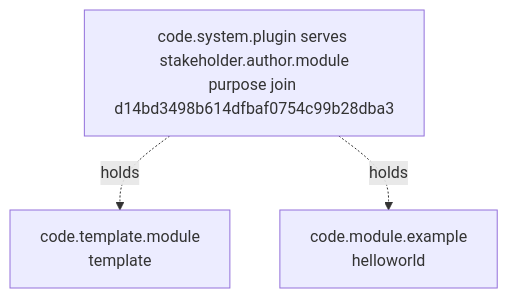
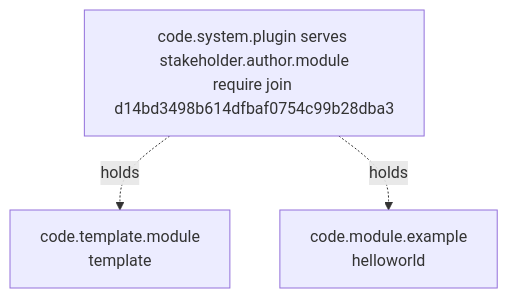
Before and after one commit to RchGrav/metaform: the second of 3 diagrams in docs/guides/reading-a-metaform.md, drawn with Mermaid. The commit also changed other lines of this file and 144 other files, not shown here.

````diff
--- a/docs/guides/reading-a-metaform.md
+++ b/docs/guides/reading-a-metaform.md
@@ -130,6 +130,6 @@
 ```mermaid
 graph TB
-    join["code.system.plugin serves stakeholder.author.module<br/>purpose join d14bd3498b614dfbaf0754c99b28dba3"]
+    join["code.system.plugin serves stakeholder.author.module<br/>require join d14bd3498b614dfbaf0754c99b28dba3"]
     join -.holds.-> template["code.template.module<br/>template"]
     join -.holds.-> example["code.module.example<br/>helloworld"]
 ```
````
